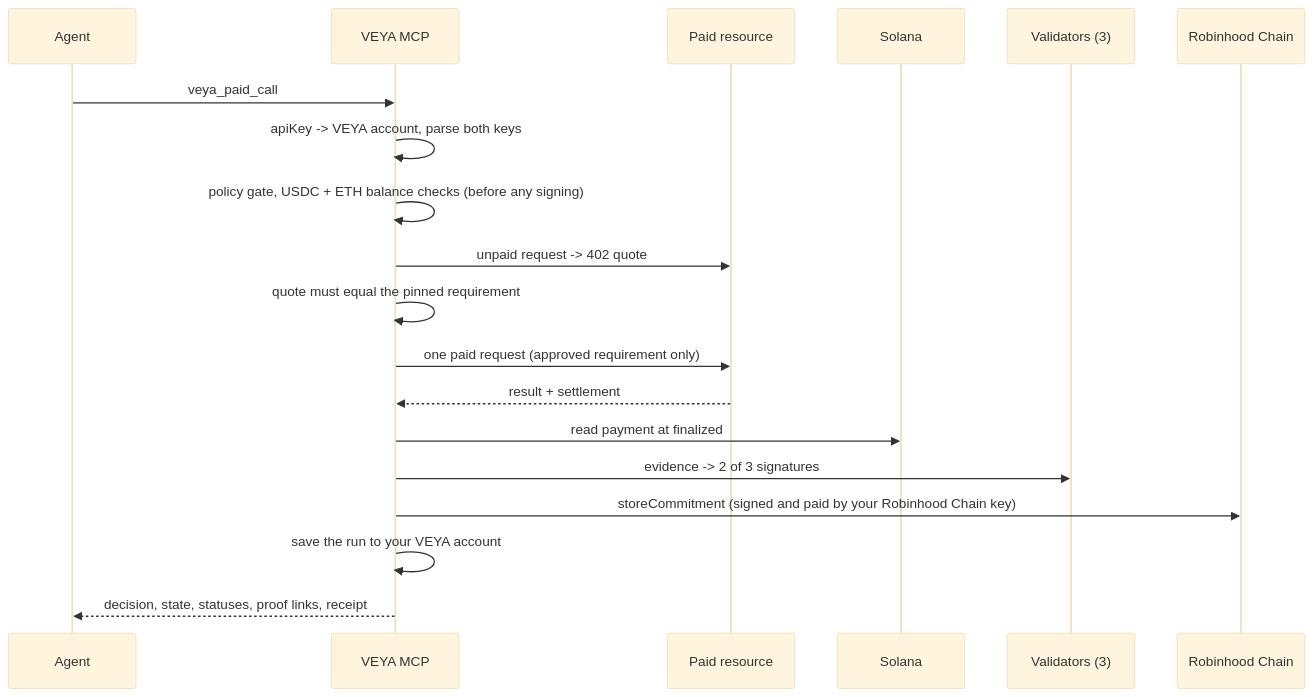
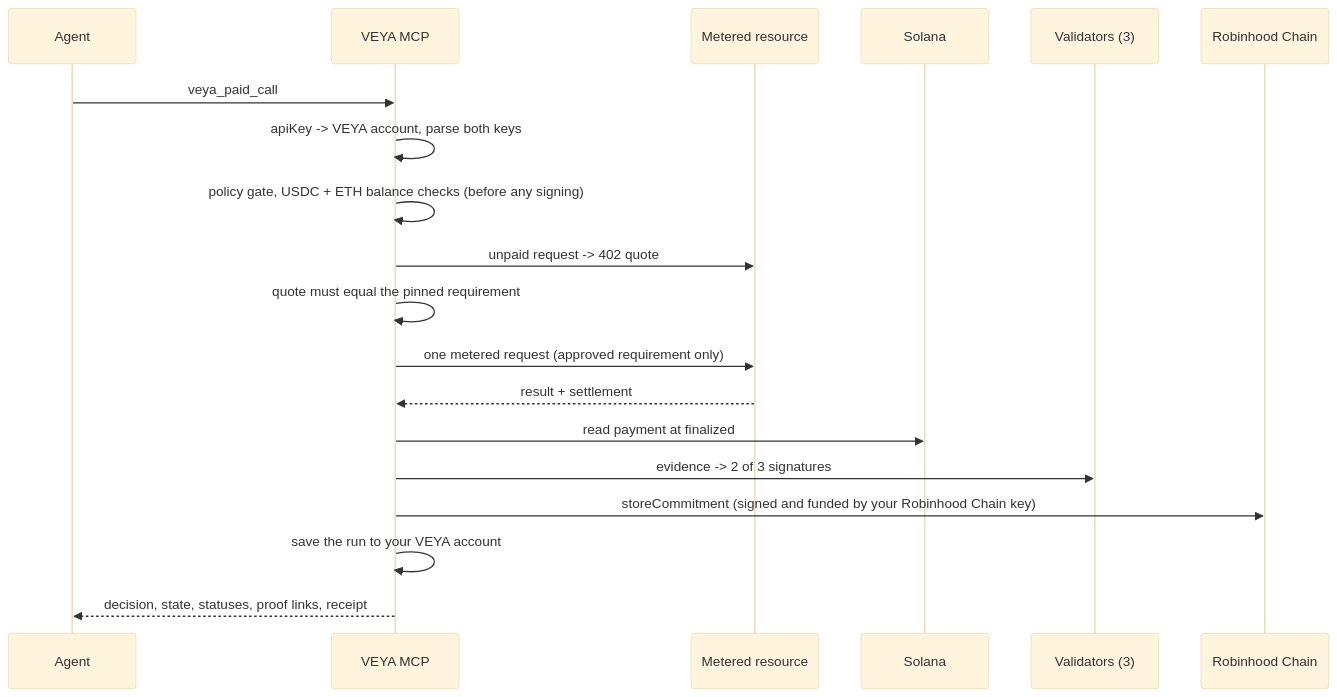
One commit to veyanet/veya-mcp changed the diagram in docs/PAID_CALLS.md. Above: the diagram before and after it, drawn with Mermaid (base theme). The commit also changed other lines of this file, not shown here.

Commit message:
docs: rename Paid Call Guard to Metered Call Guard in PAID_CALLS.md

````diff
--- a/docs/PAID_CALLS.md
+++ b/docs/PAID_CALLS.md
@@ -55,21 +55,21 @@
 ```mermaid
 sequenceDiagram
   participant A as Agent
   participant M as VEYA MCP
-  participant R as Paid resource
+  participant R as Metered resource
   participant S as Solana
   participant V as Validators (3)
   participant H as Robinhood Chain
   A->>M: veya_paid_call
   M->>M: apiKey -> VEYA account, parse both keys
   M->>M: policy gate, USDC + ETH balance checks (before any signing)
   M->>R: unpaid request -> 402 quote
   M->>M: quote must equal the pinned requirement
-  M->>R: one paid request (approved requirement only)
+  M->>R: one metered request (approved requirement only)
   R-->>M: result + settlement
   M->>S: read payment at finalized
   M->>V: evidence -> 2 of 3 signatures
-  M->>H: storeCommitment (signed and paid by your Robinhood Chain key)
+  M->>H: storeCommitment (signed and funded by your Robinhood Chain key)
   M->>M: save the run to your VEYA account
   M-->>A: decision, state, statuses, proof links, receipt
 ```
````
